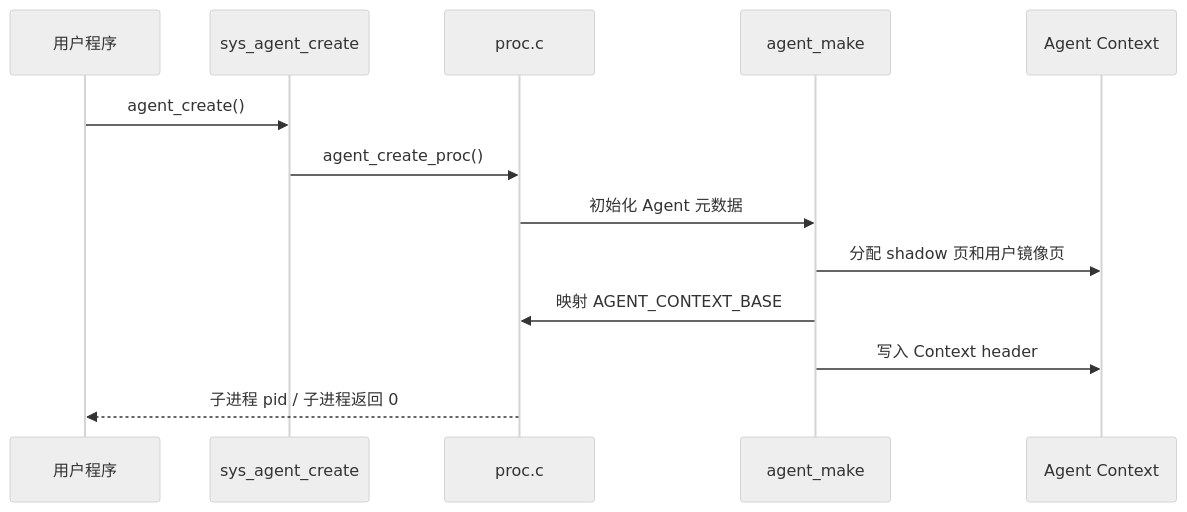
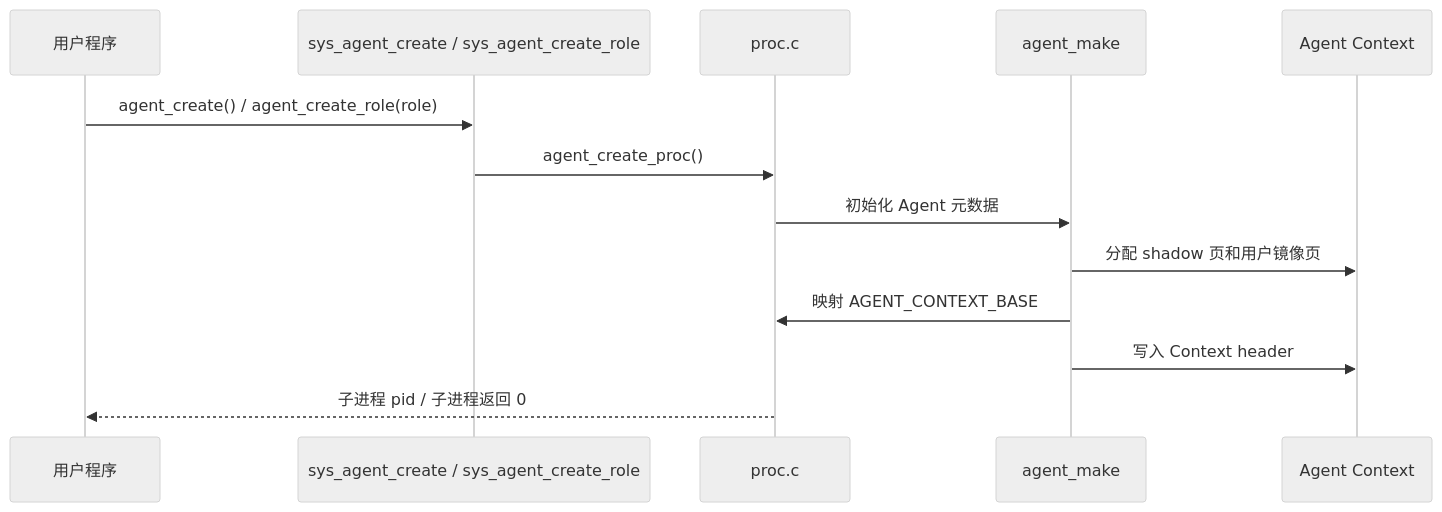
The third of 7 diagrams in docs/design.md (yushugulao/Agent-OS), drawn with Mermaid (neutral theme) before and after one commit. The commit also changed other lines of this file and 29 other files, not shown here.

Commit message:
Fix uCore agent role permission boundaries

````diff
--- a/docs/design.md
+++ b/docs/design.md
@@ -146,15 +149,15 @@
 ```mermaid
 sequenceDiagram
     participant U as 用户程序
-    participant S as sys_agent_create
+    participant S as sys_agent_create / sys_agent_create_role
     participant P as proc.c
     participant A as agent_make
     participant C as Agent Context
-    U->>S: agent_create()
+    U->>S: agent_create() / agent_create_role(role)
     S->>P: agent_create_proc()
     P->>A: 初始化 Agent 元数据
     A->>C: 分配 shadow 页和用户镜像页
     A->>P: 映射 AGENT_CONTEXT_BASE
     A->>C: 写入 Context header
     P-->>U: 子进程 pid / 子进程返回 0
 ```
````
